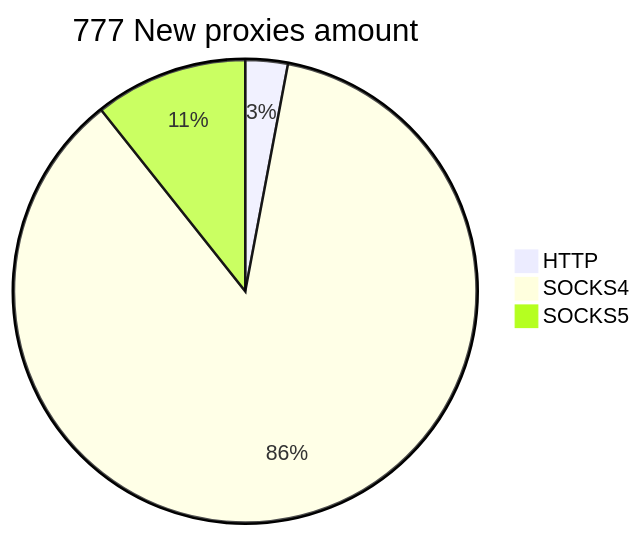
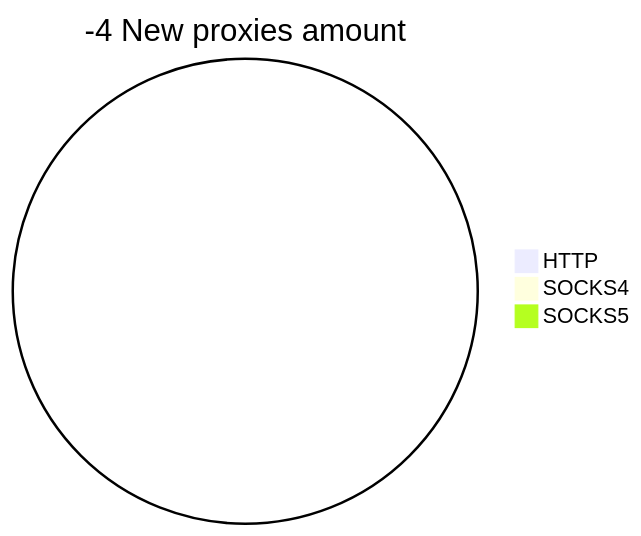
The second of 2 diagrams in README.md (cutipu/proxylist), drawn with Mermaid before and after one commit. The commit also changed other lines of this file, not shown here.

````diff
--- a/README.md
+++ b/README.md
@@ -10,6 +10,6 @@
 ```mermaid
-pie title 777 New proxies amount
-    "HTTP" : 23
-    "SOCKS4" : 671
-    "SOCKS5" : 83
+pie title -4 New proxies amount
+    "HTTP" : 0
+    "SOCKS4" : 0
+    "SOCKS5" : 0
 ```
````
